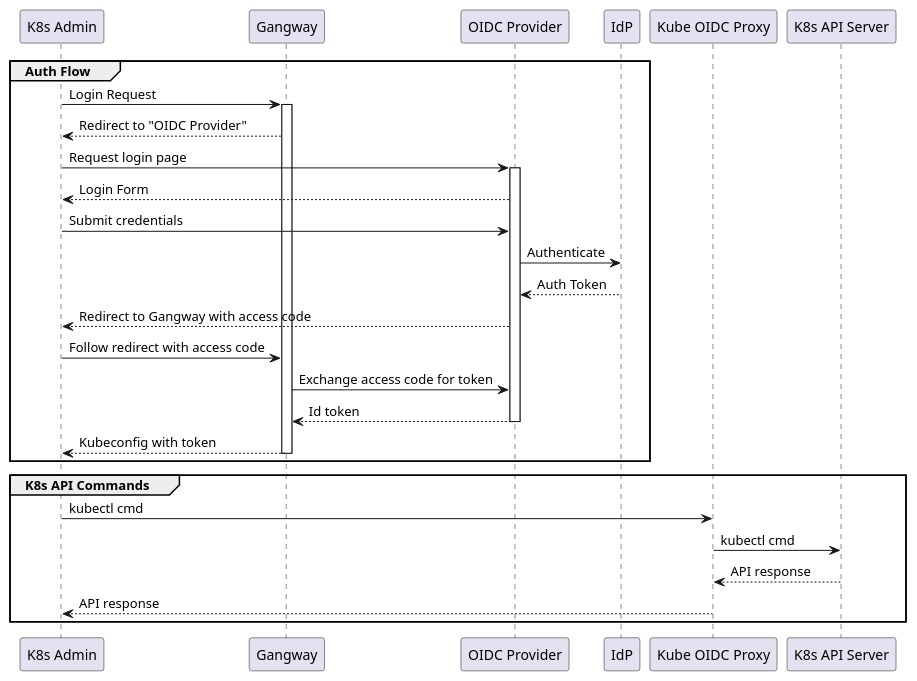
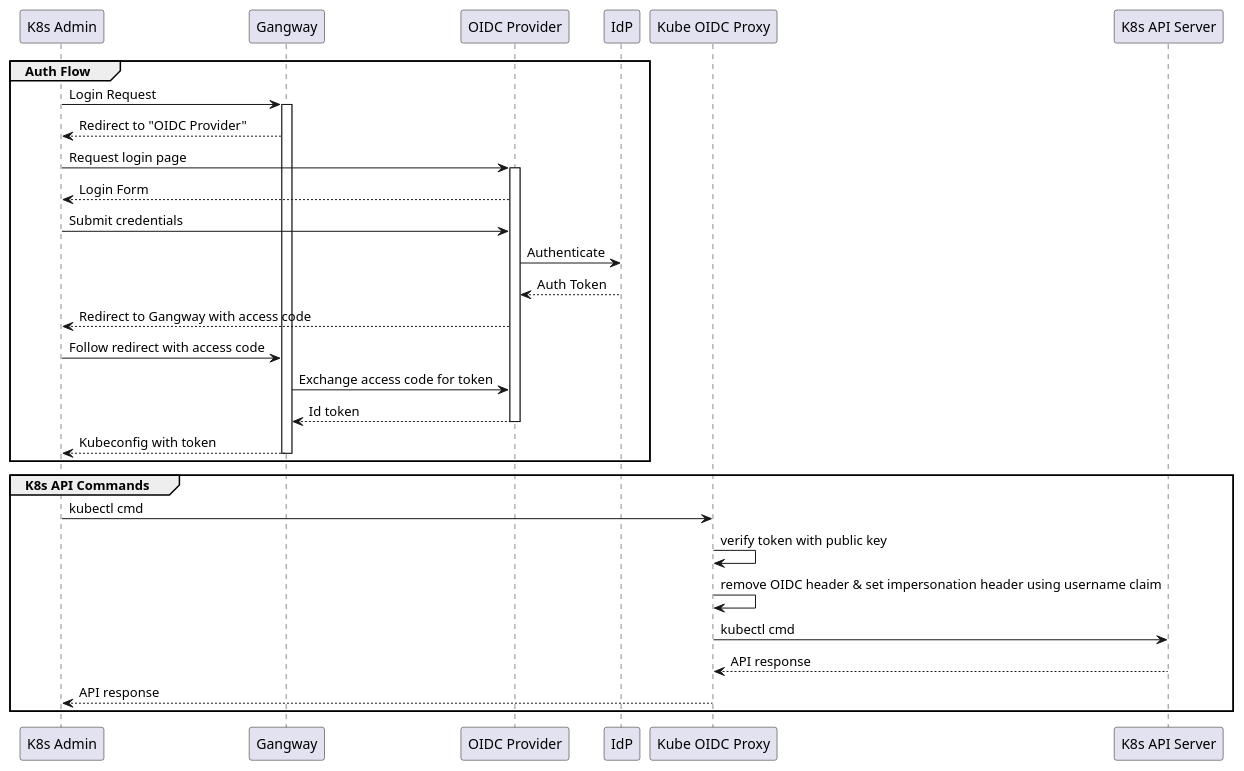
Before and after one commit to retaildevcrews/aks-oidc-proxy: the diagram in docs/diagrams/source/oidc-proxy-auth-flow.puml, drawn with PlantUML. The commit also changed 1 other file, not shown here.

Commit message:
update diagram, add readme

```diff
--- a/docs/diagrams/source/oidc-proxy-auth-flow.puml
+++ b/docs/diagrams/source/oidc-proxy-auth-flow.puml
@@ -1,26 +1,28 @@
 @startuml AKS-OIDC-Login-and-K8s-Request
 group Auth Flow
     "K8s Admin"->Gangway: Login Request
     activate Gangway 
     Gangway -->"K8s Admin": Redirect to "OIDC Provider"
     "K8s Admin" -> "OIDC Provider":Request login page
     activate "OIDC Provider" 
     "OIDC Provider" --> "K8s Admin": Login Form
     "K8s Admin"-> "OIDC Provider": Submit credentials
     "OIDC Provider" -> IdP: Authenticate
     IdP --> "OIDC Provider": Auth Token
     "OIDC Provider" --> "K8s Admin": Redirect to Gangway with access code
     "K8s Admin" -> Gangway: Follow redirect with access code
     Gangway -> "OIDC Provider": Exchange access code for token
     "OIDC Provider" --> Gangway: Id token
     deactivate "OIDC Provider"
     Gangway --> "K8s Admin": Kubeconfig with token
     deactivate Gangway
 end
 group K8s API Commands
     "K8s Admin"->"Kube OIDC Proxy": kubectl cmd
+    "Kube OIDC Proxy" -> "Kube OIDC Proxy": verify token with public key
+    "Kube OIDC Proxy" -> "Kube OIDC Proxy": remove OIDC header & set impersonation header using username claim
     "Kube OIDC Proxy" -> "K8s API Server": kubectl cmd
     "K8s API Server" --> "Kube OIDC Proxy": API response
     "Kube OIDC Proxy" --> "K8s Admin": API response
 end
 @enduml 
```
